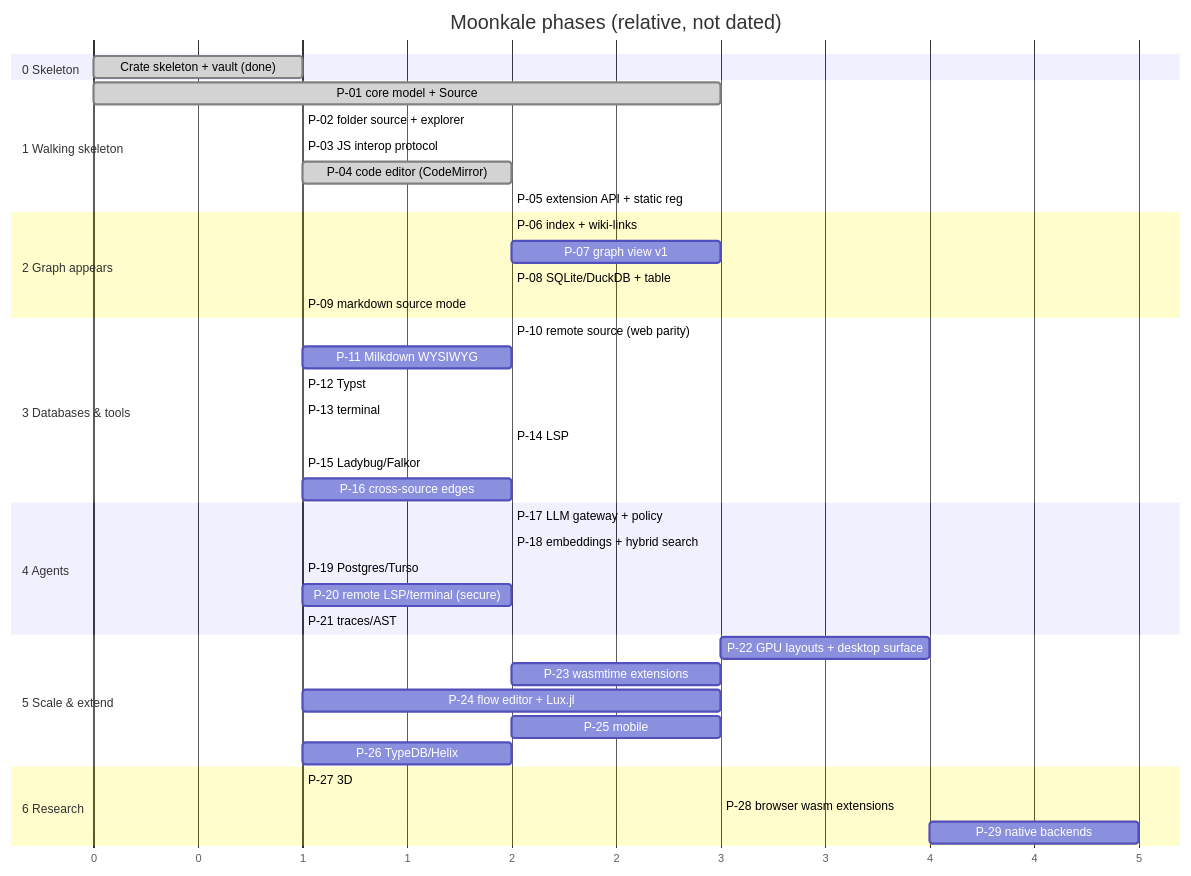
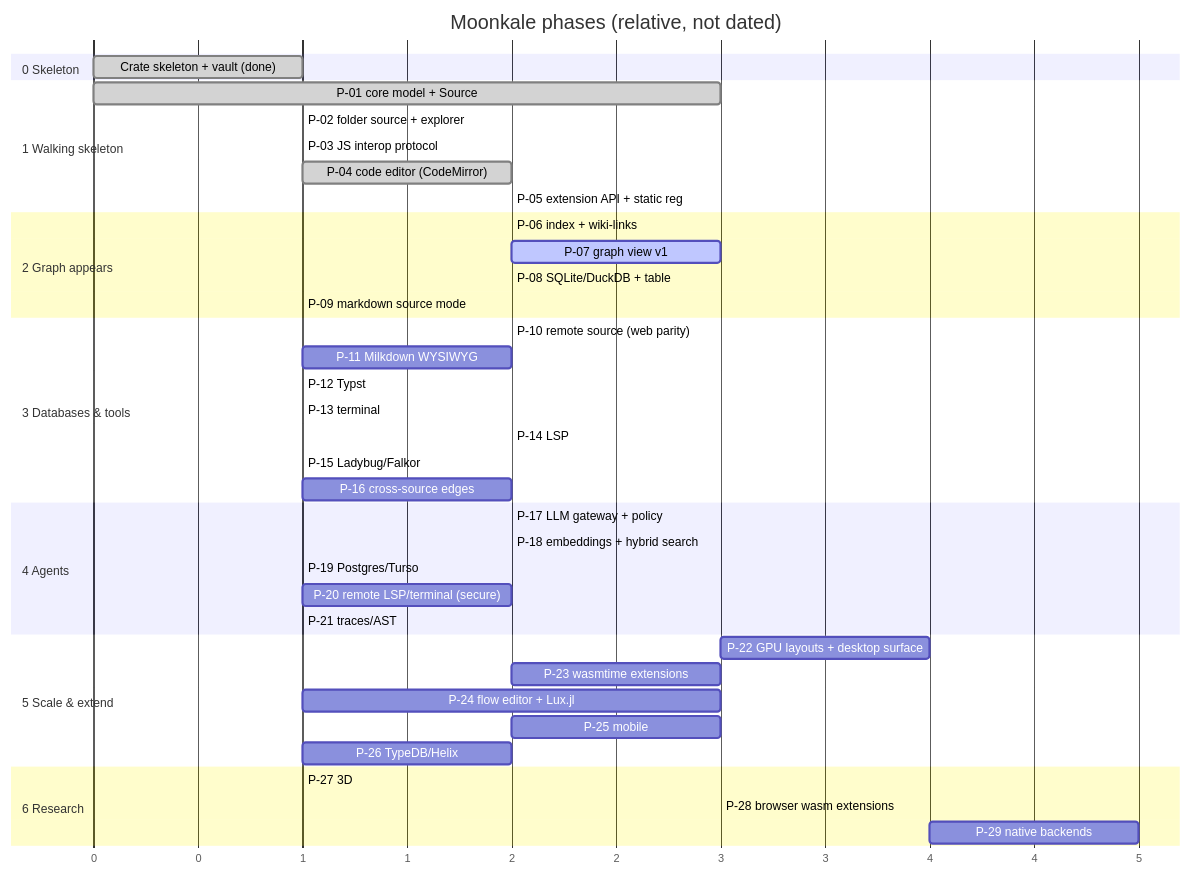
Before and after one commit to MathStruct/Moonkale: the diagram in markdown/problems/Roadmap.md, drawn with Mermaid. The commit also changed 21 other files, not shown here.

````diff
--- a/markdown/problems/Roadmap.md
+++ b/markdown/problems/Roadmap.md
@@ -7,43 +7,43 @@
 ```mermaid
 gantt
   title Moonkale phases (relative, not dated)
   dateFormat X
   axisFormat %s
   section 0 Skeleton
   Crate skeleton + vault (done)        :done, p0, 0, 1
   section 1 Walking skeleton
   P-01 core model + Source            :done, p1a, 1, 3
   P-02 folder source + explorer       :done, p1b, after p1a, 1
   P-03 JS interop protocol            :done, p1c, after p1a, 1
   P-04 code editor (CodeMirror)       :done, p1d, after p1c, 2
   P-05 extension API + static reg     :done, p1e, after p1d, 2
   section 2 Graph appears
-  P-06 index + wiki-links             :p2a, after p1e, 2
-  P-07 graph view v1                  :p2b, after p2a, 3
+  P-06 index + wiki-links             :done, p2a, after p1e, 2
+  P-07 graph view v1                  :active, p2b, after p2a, 3
   P-08 SQLite/DuckDB + table          :p2c, after p1e, 2
   P-09 markdown source mode           :p2d, after p2a, 1
   section 3 Databases & tools
   P-10 remote source (web parity)     :p3a, after p2c, 2
   P-11 Milkdown WYSIWYG               :p3b, after p2d, 2
   P-12 Typst                          :p3c, after p2d, 1
   P-13 terminal                       :p3d, after p1e, 1
   P-14 LSP                            :p3e, after p1d, 2
   P-15 Ladybug/Falkor                 :p3f, after p2c, 1
   P-16 cross-source edges             :p3g, after p3f, 2
   section 4 Agents
   P-17 LLM gateway + policy           :p4a, after p3a, 2
   P-18 embeddings + hybrid search     :p4b, after p4a, 2
   P-19 Postgres/Turso                 :p4c, after p3a, 1
   P-20 remote LSP/terminal (secure)   :p4d, after p3d, 2
   P-21 traces/AST                     :p4e, after p2b, 1
   section 5 Scale & extend
   P-22 GPU layouts + desktop surface  :p5a, after p2b, 4
   P-23 wasmtime extensions            :p5b, after p4a, 3
   P-24 flow editor + Lux.jl           :p5c, after p3d, 3
   P-25 mobile                         :p5d, after p3a, 3
   P-26 TypeDB/Helix                   :p5e, after p3f, 2
   section 6 Research
   P-27 3D                             :p6a, after p5a, 1
   P-28 browser wasm extensions        :p6b, after p5b, 3
   P-29 native backends                :p6c, after p5a, 5
 ```
````
